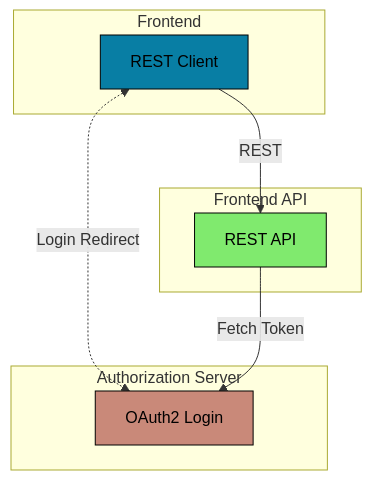
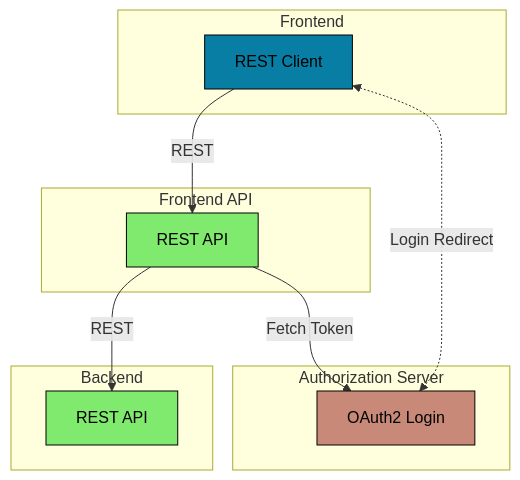
Before and after one commit to onlyteo/spring-boot-sandbox: the diagram in spring-boot-oauth2-react-client/README.md, drawn with Mermaid. The commit also changed other lines of this file and 161 other files, not shown here.

````diff
--- a/spring-boot-oauth2-react-client/README.md
+++ b/spring-boot-oauth2-react-client/README.md
@@ -10,20 +11,23 @@
 ```mermaid
 graph TD
+    subgraph Authorization Server
+        X[OAuth2 Login]
+    end
     subgraph Frontend
         A[REST Client]
     end
     subgraph Frontend API
         B[REST API]
     end
-    subgraph Authorization Server
-        C[OAuth2 Login]
+    subgraph Backend
+        C[REST API]
     end
 
     A:::react -- REST --> B:::spring
-    A:::react <-. Login Redirect .-> C:::oauth2
-    B:::spring -- Fetch Token --> C:::oauth2
-    
-    classDef react fill:#087ea4,stroke:#000000,color:#000000
-    classDef spring fill:#80ea6e,stroke:#000000,color:#000000
-    classDef oauth2 fill:#c98979,stroke:#000000,color:#000000
+    B:::spring -- REST --> C:::spring
+    A:::react <-. Login Redirect .-> X:::oauth2
+    B:::spring -- Fetch Token --> X:::oauth2
+    classDef react fill: #087ea4, stroke: #000000, color: #000000
+    classDef spring fill: #80ea6e, stroke: #000000, color: #000000
+    classDef oauth2 fill: #c98979, stroke: #000000, color: #000000
 ```
````
